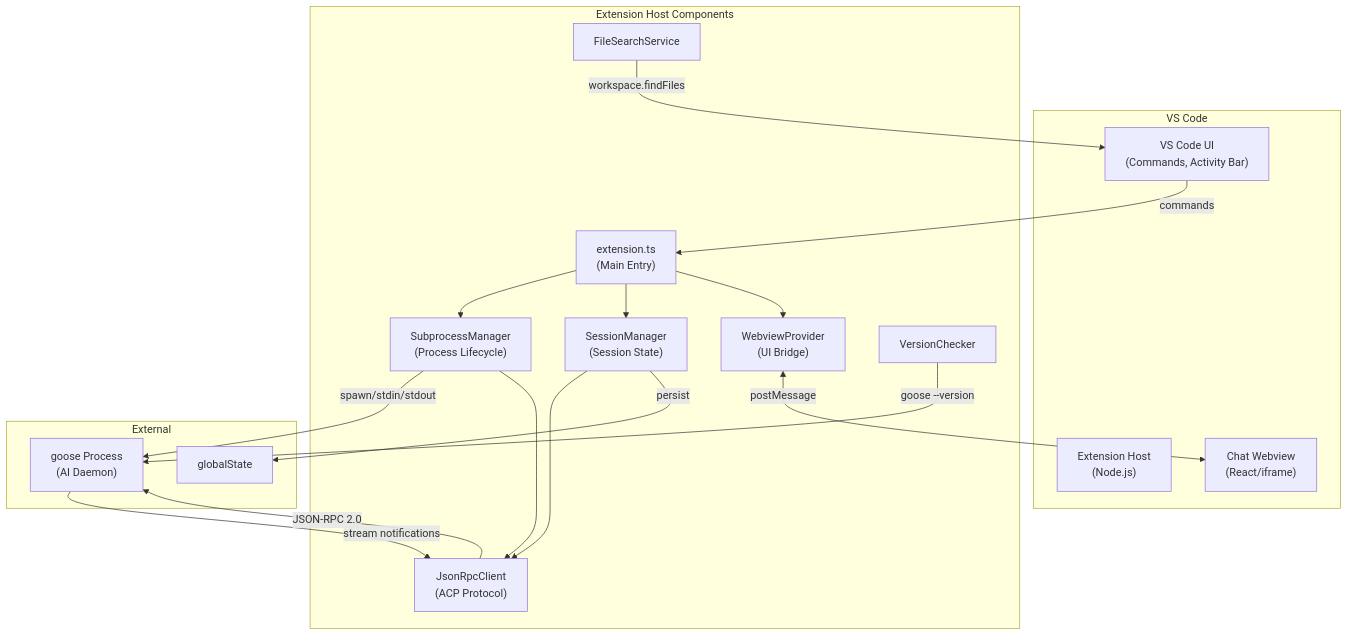
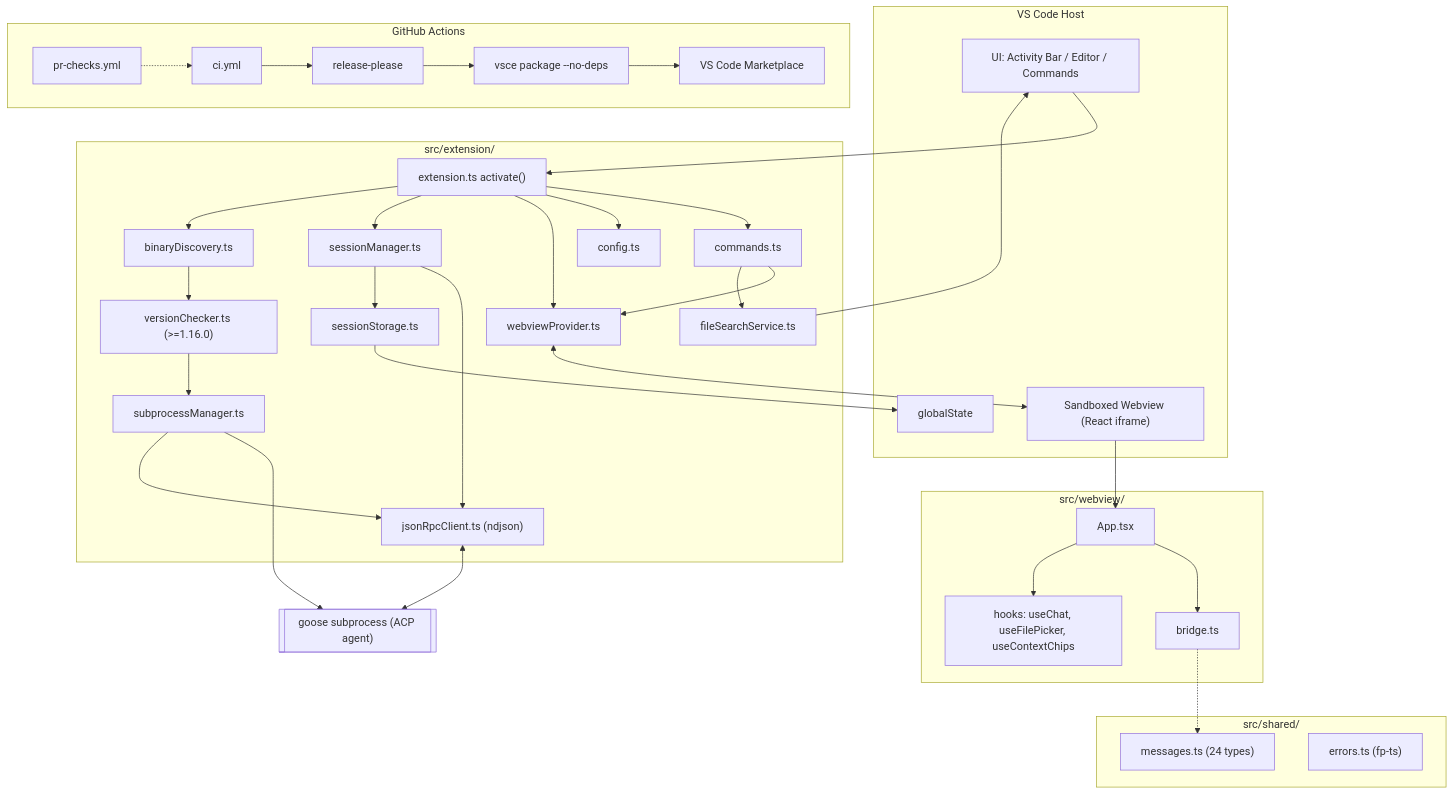
The first of 2 diagrams in .rp1/context/architecture.md (aaif-goose/vscode-goose), drawn with Mermaid before and after one commit. The commit also changed other lines of this file and 13 other files, not shown here.

````diff
--- a/.rp1/context/architecture.md
+++ b/.rp1/context/architecture.md
@@ -9,37 +17,67 @@
 ```mermaid
 graph TB
-    subgraph VSCode["VS Code"]
-        UI["VS Code UI<br/>(Commands, Activity Bar)"]
-        ExtHost["Extension Host<br/>(Node.js)"]
-        Webview["Chat Webview<br/>(React/iframe)"]
+    subgraph VSCode["VS Code Host"]
+        UI["UI: Activity Bar / Editor / Commands"]
+        Webview["Sandboxed Webview (React iframe)"]
+        GState["globalState"]
     end
 
-    subgraph Extension["Extension Host Components"]
-        ExtMain["extension.ts<br/>(Main Entry)"]
-        SubMgr["SubprocessManager<br/>(Process Lifecycle)"]
-        JsonRpc["JsonRpcClient<br/>(ACP Protocol)"]
-        SessMgr["SessionManager<br/>(Session State)"]
-        WebProv["WebviewProvider<br/>(UI Bridge)"]
-        VC["VersionChecker"]
-        FSS["FileSearchService"]
+    subgraph Extension["src/extension/"]
+        Ext["extension.ts activate()"]
+        Cmd["commands.ts"]
+        Cfg["config.ts"]
+        Disc["binaryDiscovery.ts"]
+        Ver["versionChecker.ts (>=1.16.0)"]
+        Sub["subprocessManager.ts"]
+        Rpc["jsonRpcClient.ts (ndjson)"]
+        Sess["sessionManager.ts"]
+        Store["sessionStorage.ts"]
+        WvP["webviewProvider.ts"]
+        FSS["fileSearchService.ts"]
     end
 
-    subgraph External["External"]
-        goose["goose Process<br/>(AI Daemon)"]
-        GS["globalState"]
+    subgraph Shared["src/shared/"]
+        Msgs["messages.ts (24 types)"]
+        Errs["errors.ts (fp-ts)"]
     end
 
-    UI -->|commands| ExtMain
-    ExtMain --> SubMgr
-    ExtMain --> SessMgr
-    ExtMain --> WebProv
-    SubMgr -->|spawn/stdin/stdout| goose
-    SubMgr --> JsonRpc
-    JsonRpc -->|JSON-RPC 2.0| goose
-    goose -->|stream notifications| JsonRpc
-    WebProv <-->|postMessage| Webview
-    SessMgr --> JsonRpc
-    SessMgr -->|persist| GS
-    VC -->|goose --version| goose
-    FSS -->|workspace.findFiles| UI
+    subgraph WV["src/webview/"]
+        App["App.tsx"]
+        Bridge["bridge.ts"]
+        Hooks["hooks: useChat, useFilePicker, useContextChips"]
+    end
+
+    Goose[["goose subprocess (ACP agent)"]]
+
+    subgraph CI["GitHub Actions"]
+        PRW["pr-checks.yml"]
+        MainW["ci.yml"]
+        RP["release-please"]
+        VSCE["vsce package --no-deps"]
+        MP["VS Code Marketplace"]
+    end
+
+    UI --> Ext
+    Ext --> Cmd
+    Ext --> Cfg
+    Ext --> WvP
+    Ext --> Sess
+    Cmd --> WvP
+    Cmd --> FSS
+    WvP <--> Webview
+    Webview --> App
+    App --> Bridge
+    App --> Hooks
+    Bridge -.-> Msgs
+
+    Ext --> Disc --> Ver --> Sub
+    Sub --> Goose
+    Sub --> Rpc
+    Rpc <--> Goose
+    Sess --> Rpc
+    Sess --> Store --> GState
+    FSS --> UI
+
+    MainW --> RP --> VSCE --> MP
+    PRW -.-> MainW
 ```
````
